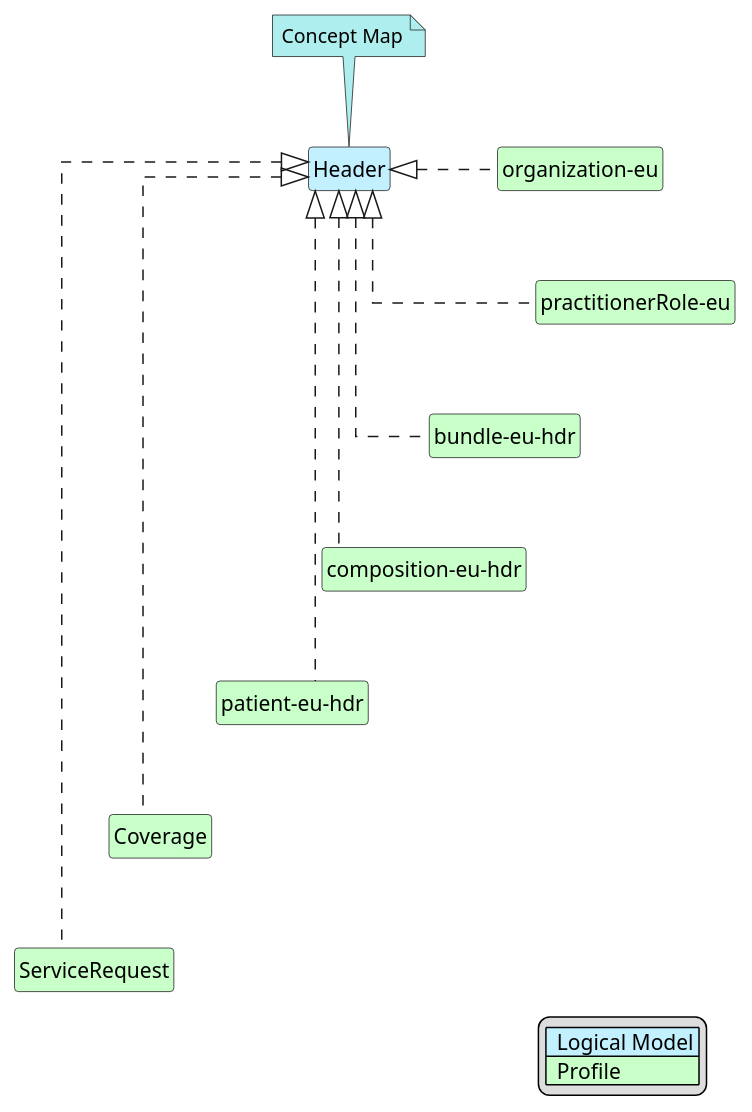
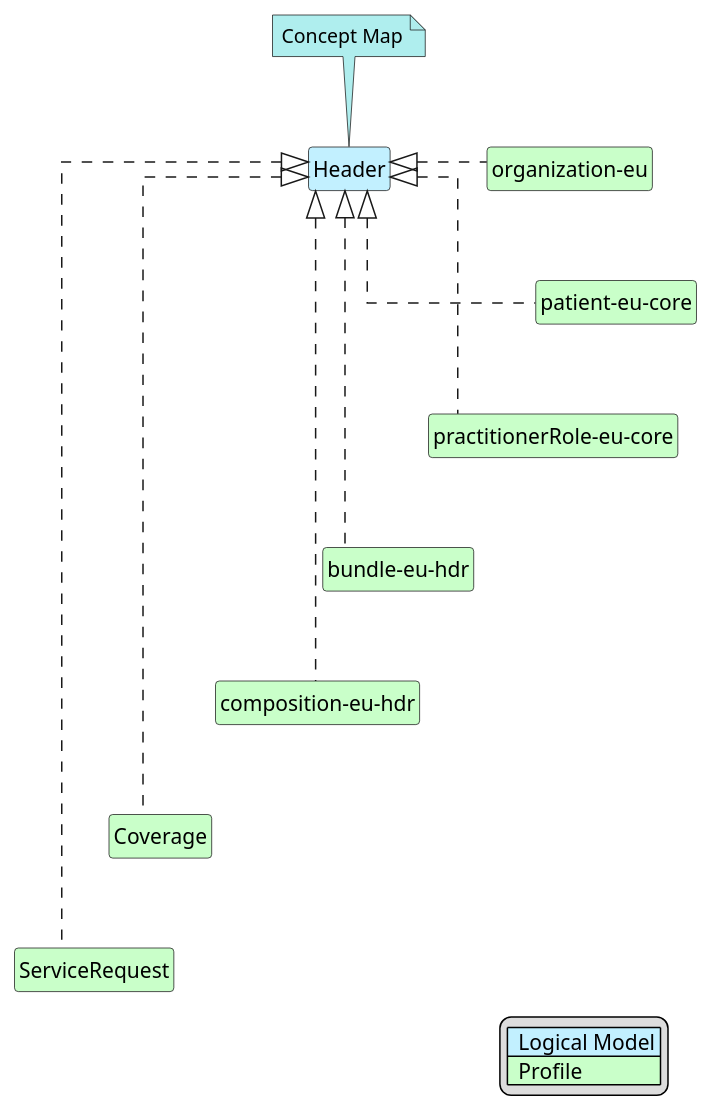
The diagram in input/images-source/Header-map.plantuml (hl7-eu/hdr), drawn with PlantUML before and after one commit. The commit also changed 11 other files, not shown here.

```diff
--- a/input/images-source/Header-map.plantuml
+++ b/input/images-source/Header-map.plantuml
@@ -1,39 +1,39 @@
 @startuml
 hide circle
 hide stereotype
 hide members
 hide methods
 skinparam linetype ortho
 skinparam class {
 BackgroundColor<<LogicalModel>> #APPLICATION
 BackgroundColor<<Profile>> #TECHNOLOGY
 }
 legend right
 | <#APPLICATION>  Logical Model |
 | <#TECHNOLOGY>  Profile |
 endlegend
 class "Header" <<LogicalModel>> [[StructureDefinition-Header.html]]
 note top #PaleTurquoise [[ConceptMap-hdrHeader2FHIR-eu-hdr.html]]
 Concept Map
 endnote
 class "organization-eu" <<Profile>> [[StructureDefinition-organization-eu.html]]
 "Header" <|. "organization-eu"
-class "practitionerRole-eu" <<Profile>> [[StructureDefinition-practitionerRole-eu.html]]
-"Header" <|. "practitionerRole-eu"
-"organization-eu" -d[hidden]-> "practitionerRole-eu"
+class "patient-eu-core" <<Profile>> [[StructureDefinition-patient-eu-core.html]]
+"Header" <|. "patient-eu-core"
+"organization-eu" -d[hidden]-> "patient-eu-core"
+class "practitionerRole-eu-core" <<Profile>> [[StructureDefinition-practitionerRole-eu-core.html]]
+"Header" <|. "practitionerRole-eu-core"
+"patient-eu-core" -d[hidden]-> "practitionerRole-eu-core"
 class "bundle-eu-hdr" <<Profile>> [[StructureDefinition-bundle-eu-hdr.html]]
 "Header" <|. "bundle-eu-hdr"
-"practitionerRole-eu" -d[hidden]-> "bundle-eu-hdr"
+"practitionerRole-eu-core" -d[hidden]-> "bundle-eu-hdr"
 class "composition-eu-hdr" <<Profile>> [[StructureDefinition-composition-eu-hdr.html]]
 "Header" <|. "composition-eu-hdr"
 "bundle-eu-hdr" -d[hidden]-> "composition-eu-hdr"
-class "patient-eu-hdr" <<Profile>> [[StructureDefinition-patient-eu-hdr.html]]
-"Header" <|. "patient-eu-hdr"
-"composition-eu-hdr" -d[hidden]-> "patient-eu-hdr"
 class "Coverage" <<Profile>> [[http://hl7.org/fhir/StructureDefinition/Coverage]]
 "Header" <|. "Coverage"
-"patient-eu-hdr" -d[hidden]-> "Coverage"
+"composition-eu-hdr" -d[hidden]-> "Coverage"
 class "ServiceRequest" <<Profile>> [[http://hl7.org/fhir/StructureDefinition/ServiceRequest]]
 "Header" <|. "ServiceRequest"
 "Coverage" -d[hidden]-> "ServiceRequest"
 @enduml
```
